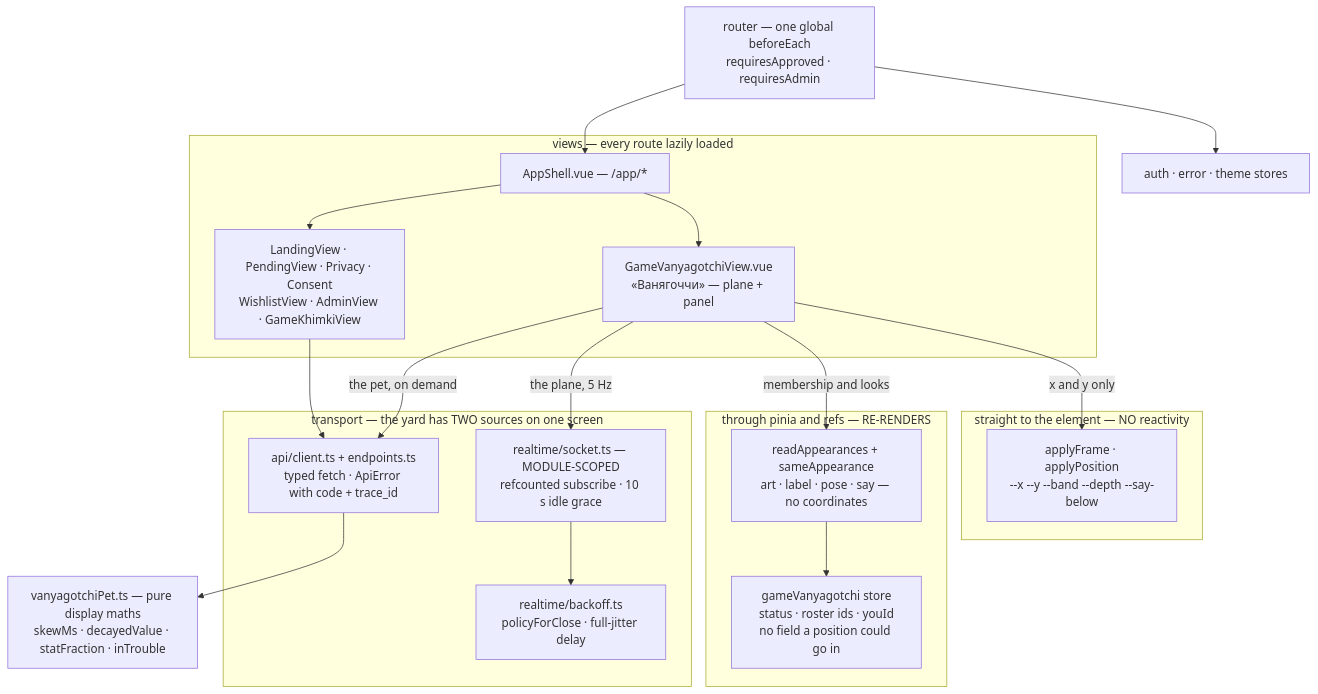
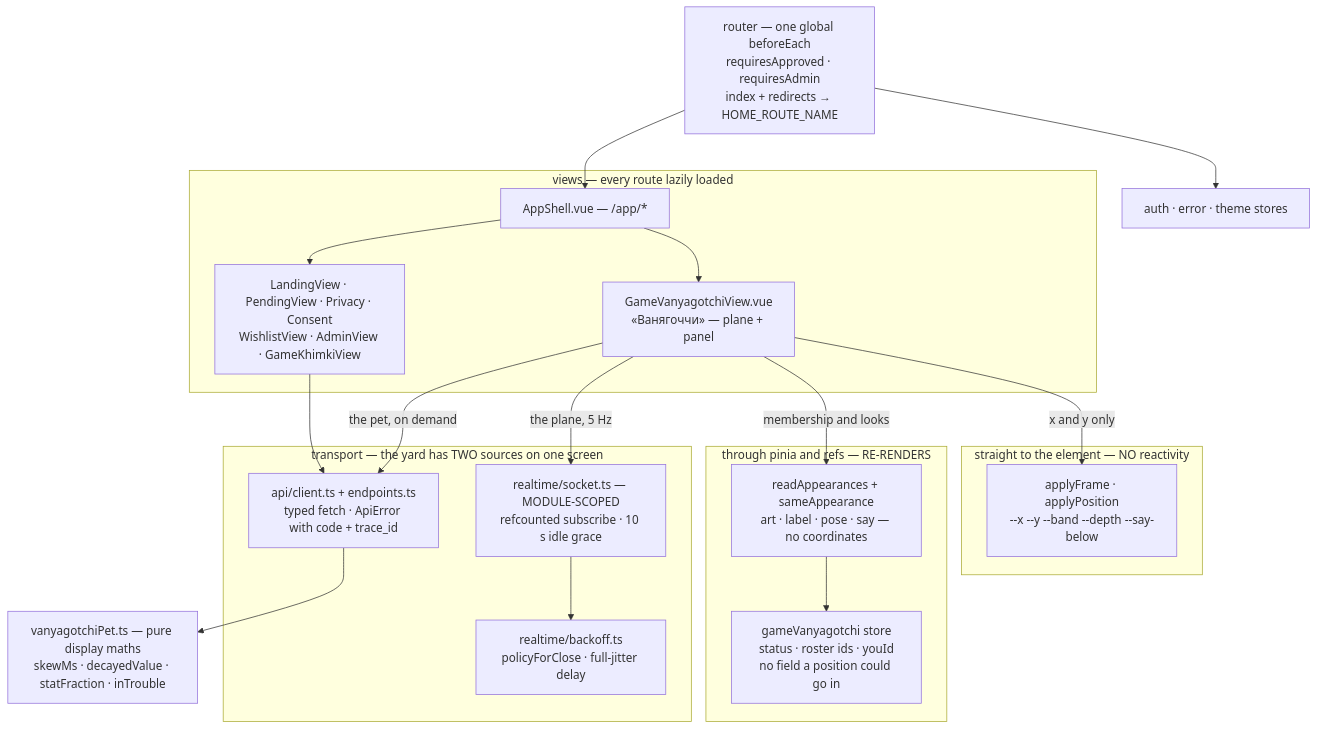
One commit to SergeyZSpb/psycho-space changed the tenth of 11 diagrams in docs/ARCHITECTURE.md. Above: the diagram before and after it, drawn with Mermaid. The commit also changed 7 other files, not shown here.

````diff
--- a/docs/ARCHITECTURE.md
+++ b/docs/ARCHITECTURE.md
@@ -364,37 +364,37 @@
 ```mermaid
 flowchart TB
-    ROUTER["router — one global beforeEach<br/>requiresApproved · requiresAdmin"]
+    ROUTER["router — one global beforeEach<br/>requiresApproved · requiresAdmin<br/>index + redirects → HOME_ROUTE_NAME"]
 
     subgraph routed["views — every route lazily loaded"]
         SHELL["AppShell.vue — /app/*"]
         OTHER["LandingView · PendingView · Privacy · Consent<br/>WishlistView · AdminView · GameKhimkiView"]
         V["GameVanyagotchiView.vue<br/>«Ванягоччи» — plane + panel"]
     end
 
     subgraph net["transport — the yard has TWO sources on one screen"]
         HTTPC["api/client.ts + endpoints.ts<br/>typed fetch · ApiError with code + trace_id"]
         SOCK["realtime/socket.ts — MODULE-SCOPED<br/>refcounted subscribe · 10 s idle grace"]
         BACK["realtime/backoff.ts<br/>policyForClose · full-jitter delay"]
     end
 
     PET["vanyagotchiPet.ts — pure display maths<br/>skewMs · decayedValue · statFraction · inTrouble"]
 
     subgraph react["through pinia and refs — RE-RENDERS"]
         LOOKS["readAppearances + sameAppearance<br/>art · label · pose · say — no coordinates"]
         YARD["gameVanyagotchi store<br/>status · roster ids · youId<br/>no field a position could go in"]
     end
 
     subgraph imper["straight to the element — NO reactivity"]
         POS["applyFrame · applyPosition<br/>--x --y --band --depth --say-below"]
     end
 
     GLOBAL["auth · error · theme stores"]
 
     ROUTER --> SHELL --> OTHER & V
     ROUTER --> GLOBAL
     OTHER --> HTTPC
     V -- "the pet, on demand" --> HTTPC --> PET
     V -- "the plane, 5 Hz" --> SOCK --> BACK
     V -- "membership and looks" --> LOOKS --> YARD
     V -- "x and y only" --> POS
 ```
````
